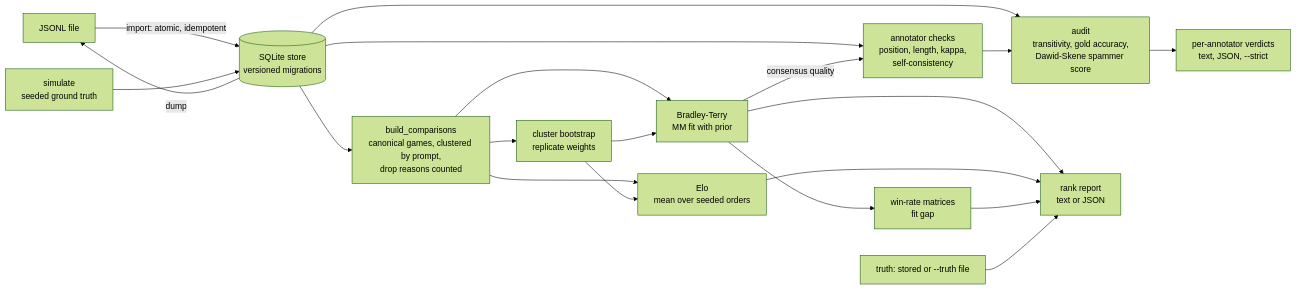
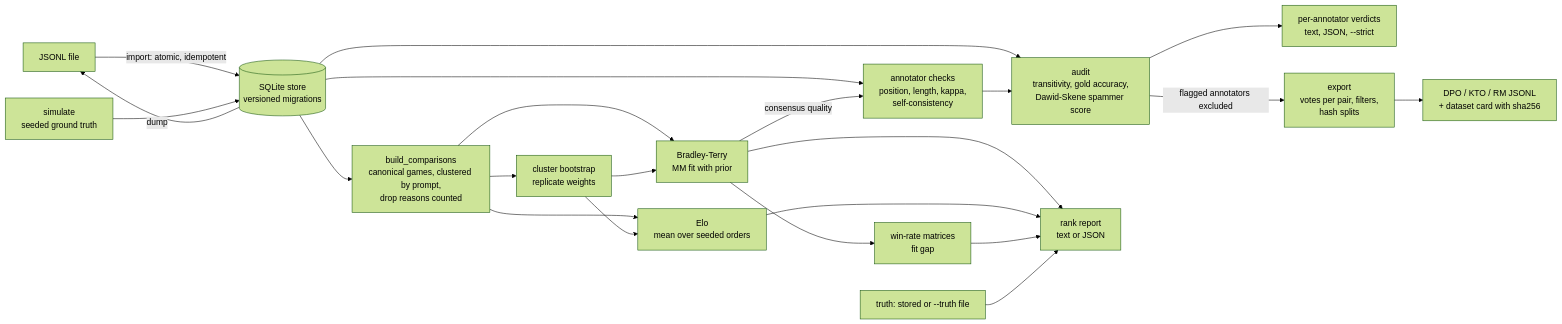
One commit to vipul21435/prefpairs changed the diagram in README.md. Above: the diagram before and after it, drawn with Mermaid (forest theme). The commit also changed other lines of this file and 1 other file, not shown here.

First line of the commit message:
docs: document the export and mark slice 6 done

````diff
--- a/README.md
+++ b/README.md
@@ -226,22 +288,24 @@
 ```mermaid
 flowchart LR
     J[JSONL file] -->|import: atomic, idempotent| S[(SQLite store<br/>versioned migrations)]
     G[simulate<br/>seeded ground truth] --> S
     S -->|dump| J
     S --> C[build_comparisons<br/>canonical games, clustered by prompt,<br/>drop reasons counted]
     C --> BT[Bradley-Terry<br/>MM fit with prior]
     S --> Q[annotator checks<br/>position, length, kappa,<br/>self-consistency]
     BT -->|consensus quality| Q
     S --> A[audit<br/>transitivity, gold accuracy,<br/>Dawid-Skene spammer score]
     Q --> A
     A --> V[per-annotator verdicts<br/>text, JSON, --strict]
     C --> E[Elo<br/>mean over seeded orders]
     C --> B[cluster bootstrap<br/>replicate weights]
     B --> BT
     B --> E
     BT --> W[win-rate matrices<br/>fit gap]
     BT --> R[rank report<br/>text or JSON]
     E --> R
     W --> R
     T[truth: stored or --truth file] --> R
+    A -->|flagged annotators excluded| X[export<br/>votes per pair, filters,<br/>hash splits]
+    X --> D[DPO / KTO / RM JSONL<br/>+ dataset card with sha256]
 ```
````
